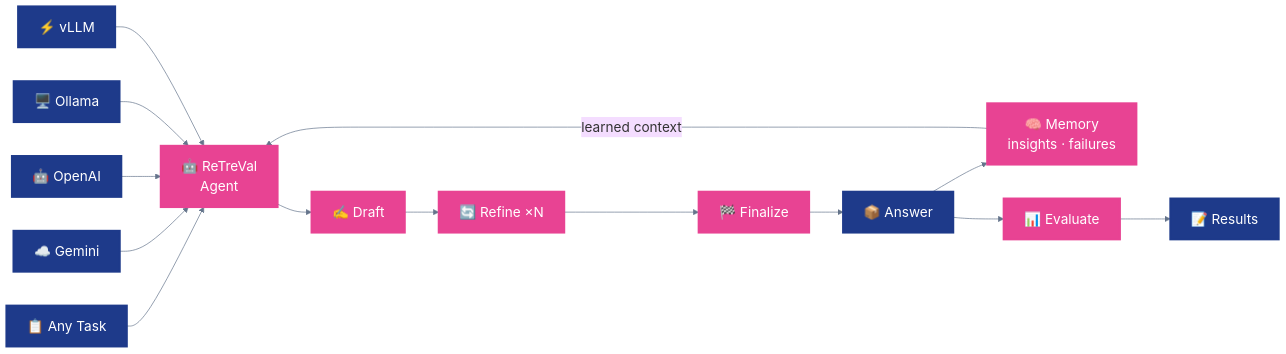
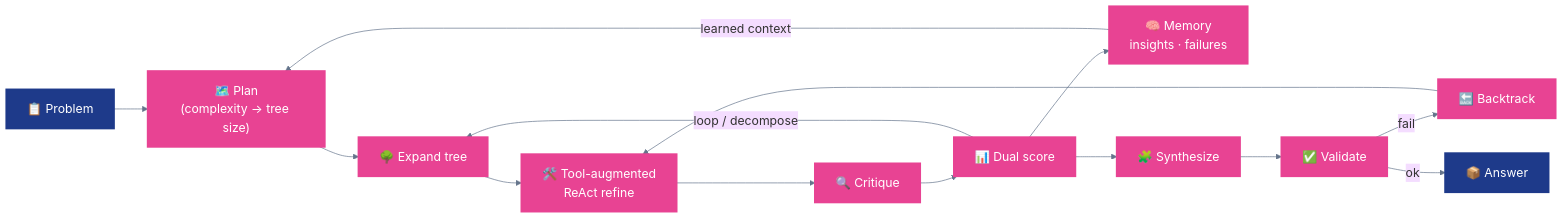
Before and after one commit to qpiai/retreval: the diagram in README.md, drawn with Mermaid. The commit also changed other lines of this file and 20 other files, not shown here.

First line of the commit message:
Sync full ReTreVal agent into OSS

````diff
--- a/README.md
+++ b/README.md
@@ -62,27 +62,23 @@
 ```mermaid
-%%{init: {'theme':'base', 'themeVariables': {'fontSize':'20px','fontFamily':'Inter, Helvetica, Arial, sans-serif','lineColor':'#64748b'}}}%%
+%%{init: {'theme':'base', 'themeVariables': {'fontSize':'18px','fontFamily':'Inter, Helvetica, Arial, sans-serif','lineColor':'#64748b'}}}%%
 graph LR
-    T["📋 Any Task"] --> AG["🤖 ReTreVal\nAgent"]
+    T["📋 Problem"] --> P["🗺️ Plan\n(complexity → tree size)"]
+    MEM["🧠 Memory\ninsights · failures"] -->|learned context| P
 
-    MEM["🧠 Memory\ninsights · failures"] -->|learned context| AG
+    P --> X["🌳 Expand tree"]
+    X --> RR["🛠️ Tool-augmented\nReAct refine"]
+    RR --> C["🔍 Critique"]
+    C --> SC["📊 Dual score"]
+    SC --> MEM
+    SC -->|loop / decompose| X
+    SC --> SY["🧩 Synthesize"]
+    SY --> V["✅ Validate"]
+    V -->|fail| BT["🔙 Backtrack"]
+    BT --> RR
+    V -->|ok| A["📦 Answer"]
 
-    GEM["☁️ Gemini"] --> AG
-    OAI["🤖 OpenAI"] --> AG
-    OLL["🖥️ Ollama"] --> AG
-    VLL["⚡ vLLM"] --> AG
-
-    AG --> D["✍️ Draft"]
-    D --> R["🔄 Refine ×N"]
-    R --> F["🏁 Finalize"]
-    F --> A["📦 Answer"]
-
-    A --> MEM
-    A --> E["📊 Evaluate"]
-    E --> S["📝 Results"]
-
-    classDef pink fill:#E84393,stroke:#E84393,color:#ffffff,stroke-width:3px,font-size:20px
-    classDef blue fill:#1e3a8a,stroke:#1e3a8a,color:#ffffff,stroke-width:3px,font-size:20px
-
-    class AG,D,R,F,MEM,E pink
-    class T,A,S,GEM,OAI,OLL,VLL blue
+    classDef pink fill:#E84393,stroke:#E84393,color:#ffffff,stroke-width:3px
+    classDef blue fill:#1e3a8a,stroke:#1e3a8a,color:#ffffff,stroke-width:3px
+    class P,X,RR,C,SC,SY,V,BT,MEM pink
+    class T,A blue
 ```
````
